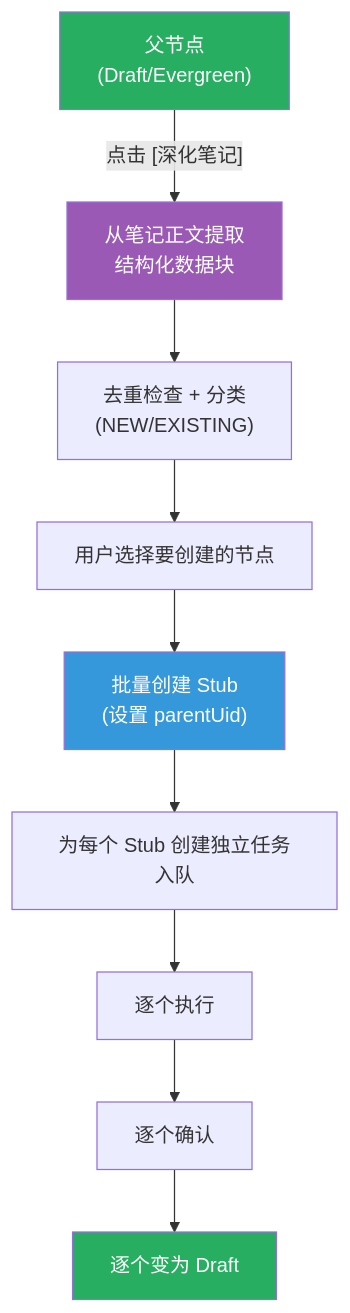
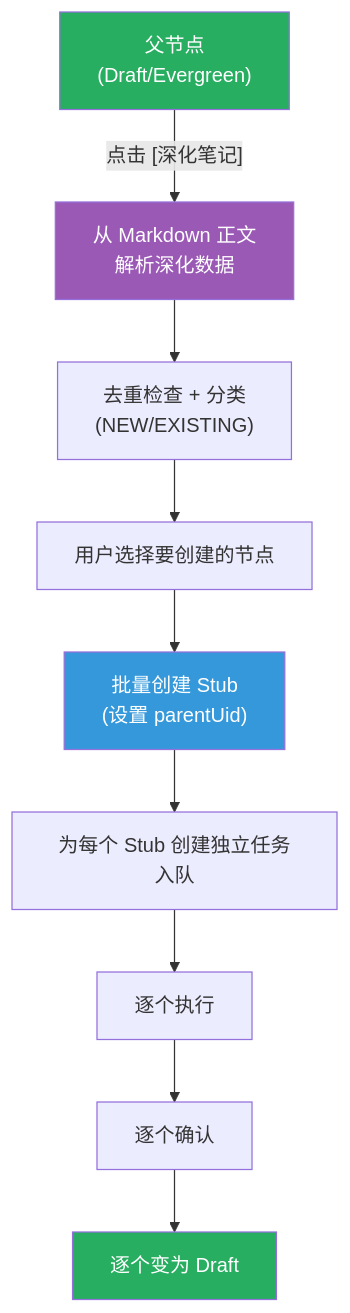
Before and after one commit to zxmengde/obsidian-cognitive-razor: the diagram in docs/USAGE-用户使用设计文档.md, drawn with Mermaid. The commit also changed other lines of this file and 2 other files, not shown here.

````diff
--- a/docs/USAGE-用户使用设计文档.md
+++ b/docs/USAGE-用户使用设计文档.md
@@ -1086,16 +866,16 @@
 ```mermaid
 flowchart TD
-    A["父节点<br/>(Draft/Evergreen)"] -->|"点击 [深化笔记]"| B["从笔记正文提取<br/>结构化数据块"]
+    A["父节点<br/>(Draft/Evergreen)"] -->|"点击 [深化笔记]"| B["从 Markdown 正文<br/>解析深化数据"]
     B --> C["去重检查 + 分类<br/>(NEW/EXISTING)"]
     C --> D["用户选择要创建的节点"]
     D --> E["批量创建 Stub<br/>(设置 parentUid)"]
     E --> F["为每个 Stub 创建独立任务入队"]
     F --> G["逐个执行"]
     G --> H["逐个确认"]
     H --> I["逐个变为 Draft"]
     
     style A fill:#27ae60,color:#fff
     style B fill:#9b59b6,color:#fff
     style E fill:#3498db,color:#fff
     style I fill:#27ae60,color:#fff
 ```
````
